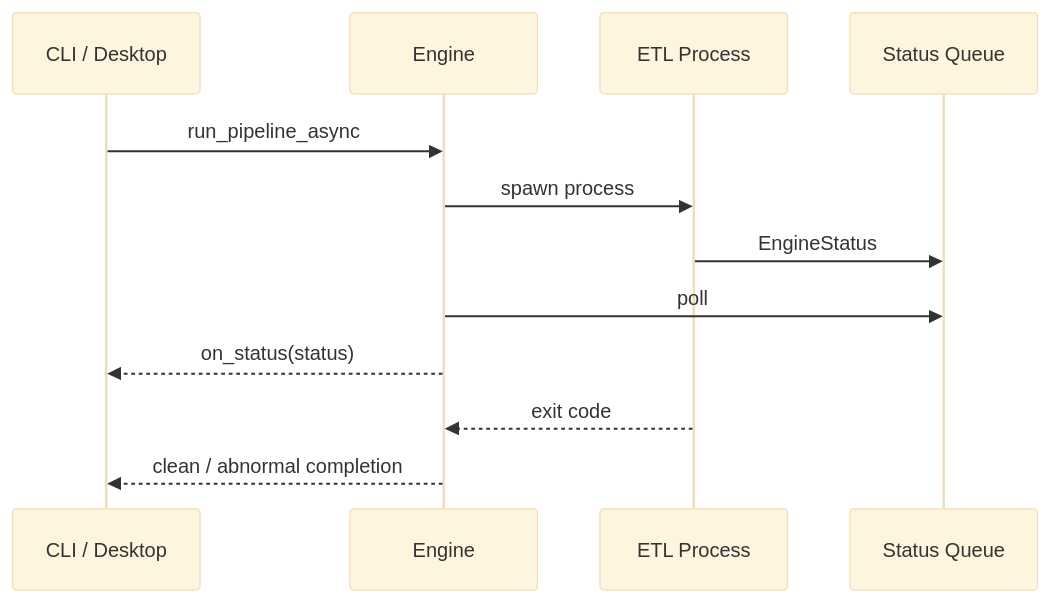
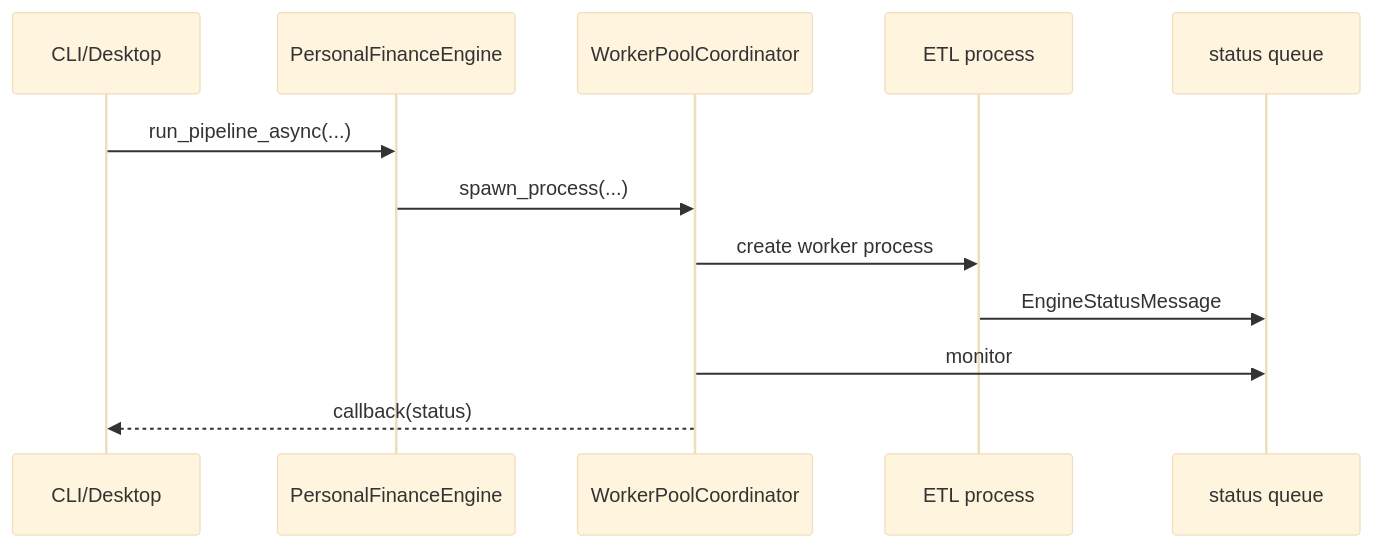
The third of 3 diagrams in docs/getting-started/cli-and-desktop.md (tks18/personal-finance-etl), drawn with Mermaid (base theme) before and after one commit. The commit also changed other lines of this file and 3 other files, not shown here.

````diff
--- a/docs/getting-started/cli-and-desktop.md
+++ b/docs/getting-started/cli-and-desktop.md
@@ -161,14 +149,15 @@
 ```mermaid
 sequenceDiagram
-    participant UI as CLI / Desktop
-    participant E as Engine
-    participant P as ETL Process
-    participant Q as Status Queue
-    UI->>E: run_pipeline_async
-    E->>P: spawn process
-    P->>Q: EngineStatus
-    E->>Q: poll
-    E-->>UI: on_status(status)
-    P-->>E: exit code
-    E-->>UI: clean / abnormal completion
+    participant UI as CLI/Desktop
+    participant E as PersonalFinanceEngine
+    participant W as WorkerPoolCoordinator
+    participant P as ETL process
+    participant Q as status queue
+
+    UI->>E: run_pipeline_async(...)
+    E->>W: spawn_process(...)
+    W->>P: create worker process
+    P->>Q: EngineStatusMessage
+    W->>Q: monitor
+    W-->>UI: callback(status)
 ```
````
